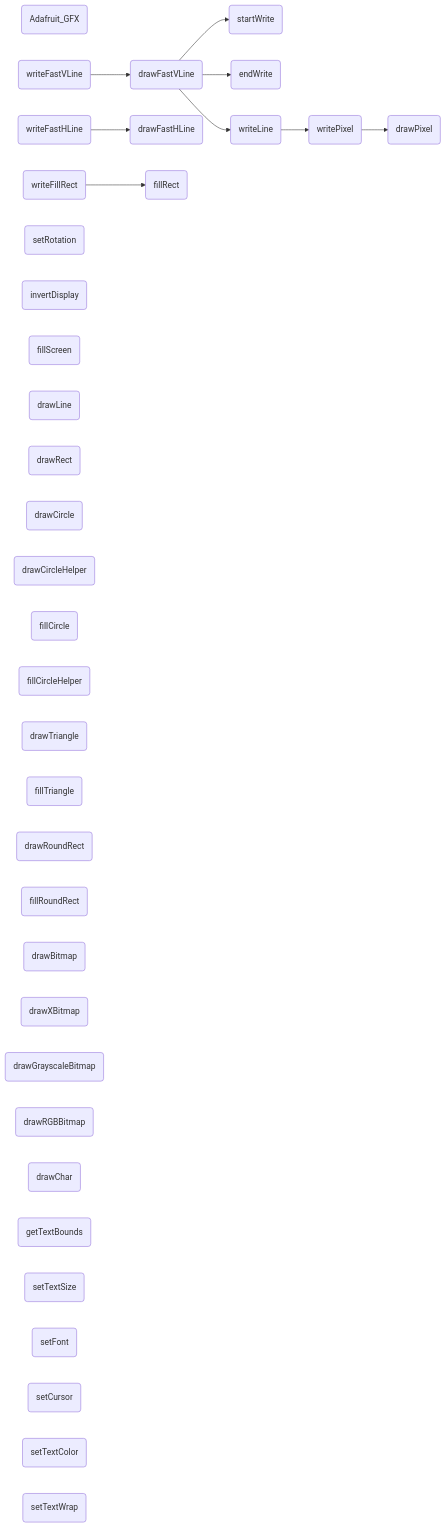
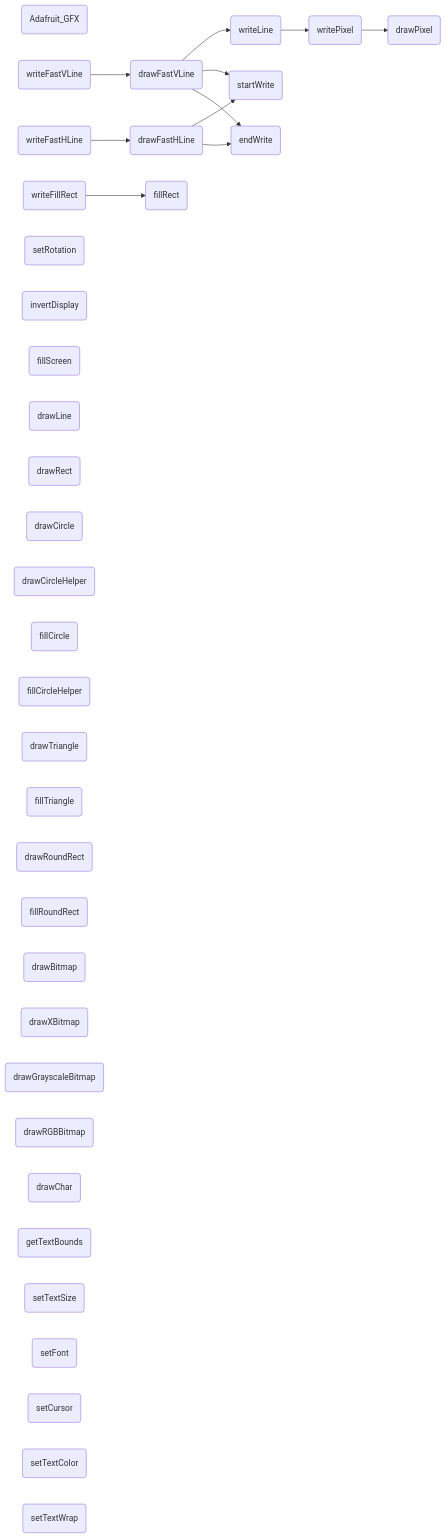
Before and after one commit to icodezhanglei/iodraw-files: the diagram in all/未命名.md, drawn with Mermaid.

Commit message:
2024-09-13 18:20:59 update

````diff
--- a/all/未命名.md
+++ b/all/未命名.md
@@ -1,47 +1,48 @@
 ```mermaid
 flowchart LR
 Adafruit_GF(Adafruit_GFX)
 drawPixel(drawPixel)
 startWrite(startWrite)
 endWrite(endWrite)
 writePixel(writePixel)
 writeFillRect(writeFillRect)
 writeFastVLine(writeFastVLine)
 writeFastHLine(writeFastHLine)
 writeLine(writeLine)
 setRotation(setRotation)
 invertDisplay(invertDisplay)
 drawFastVLine(drawFastVLine)
 drawFastHLine(drawFastHLine)
 fillRect(fillRect)
 fillScreen(fillScreen)
 drawLine(drawLine)
 drawRect(drawRect)
 drawCircle(drawCircle)
 drawCircleHelper(drawCircleHelper)
 fillCircle(fillCircle)
 fillCircleHelper(fillCircleHelper)
 drawTriangle(drawTriangle)
 fillTriangle(fillTriangle)
 drawRoundRect(drawRoundRect)
 fillRoundRect(fillRoundRect)
 drawBitmap(drawBitmap)
 drawXBitmap(drawXBitmap)
 drawGrayscaleBitmap(drawGrayscaleBitmap)
 drawRGBBitmap(drawRGBBitmap)
 drawChar(drawChar)
 getTextBounds(getTextBounds)
 setTextSize(setTextSize)
 setFont(setFont)
 setCursor(setCursor)
 setTextColor(setTextColor)
 setTextWrap(setTextWrap)
 
 
 writeFastVLine --> drawFastVLine --> writeLine --> writePixel --> drawPixel
 drawFastVLine --> startWrite & endWrite
 
-writeFastHLine --> drawFastHLine
+writeFastHLine --> drawFastHLine --> startWrite & endWrite
+
 writeFillRect --> fillRect
 
 ```
````
